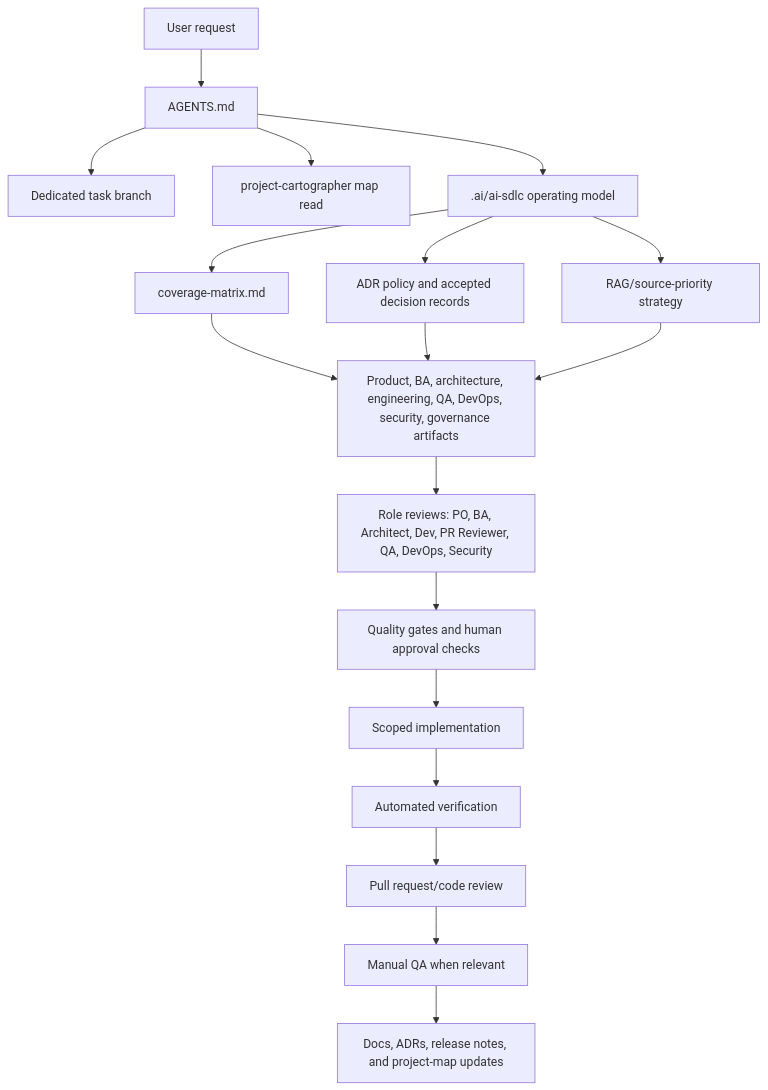
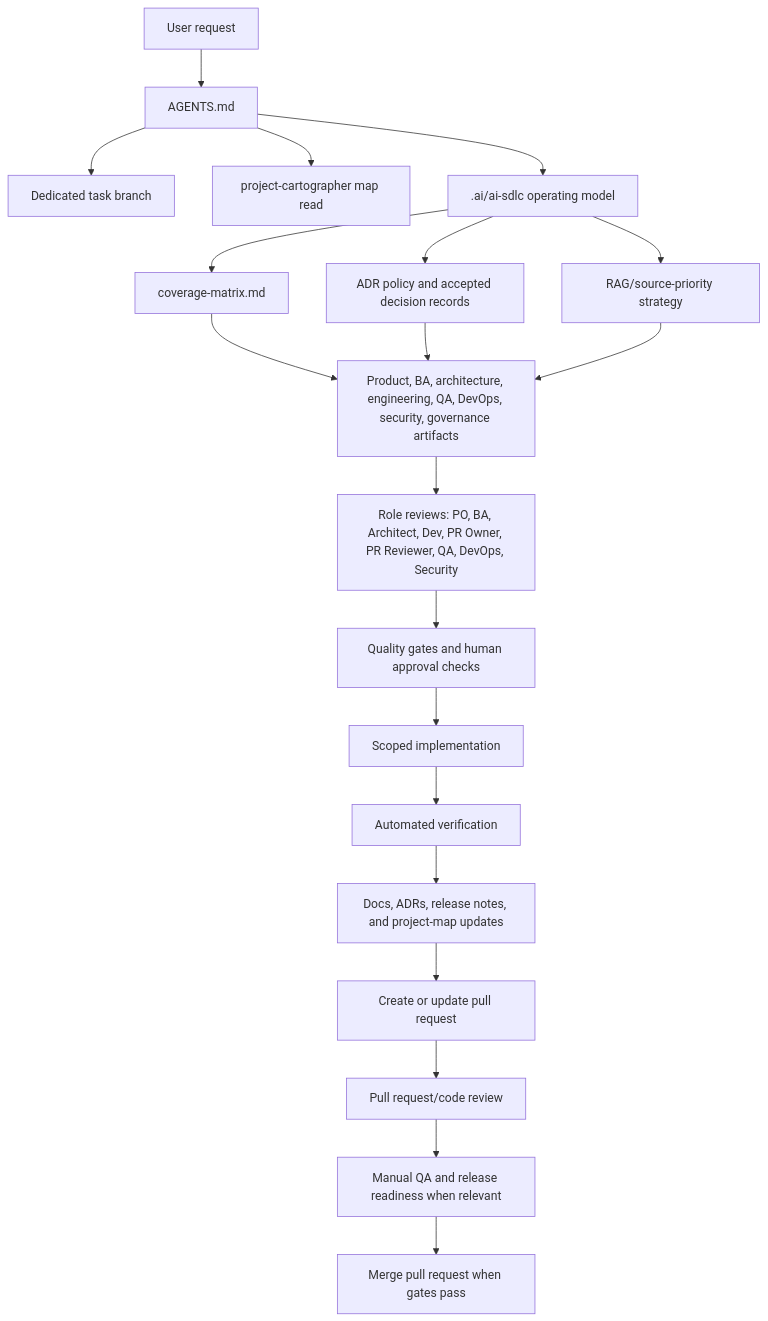
The second of 3 diagrams in .ai/project-map/data-flow.md (iziuk/Polite), drawn with Mermaid before and after one commit. The commit also changed other lines of this file and 18 other files, not shown here.

````diff
--- a/.ai/project-map/data-flow.md
+++ b/.ai/project-map/data-flow.md
@@ -41,20 +41,22 @@
 ```mermaid
 flowchart TD
   Request["User request"] --> Agents["AGENTS.md"]
   Agents --> Branch["Dedicated task branch"]
   Agents --> Map["project-cartographer map read"]
   Agents --> OperatingModel[".ai/ai-sdlc operating model"]
   OperatingModel --> Coverage["coverage-matrix.md"]
   OperatingModel --> ADRs["ADR policy and accepted decision records"]
   OperatingModel --> Retrieval["RAG/source-priority strategy"]
   Coverage --> Artifacts["Product, BA, architecture, engineering, QA, DevOps, security, governance artifacts"]
   ADRs --> Artifacts
   Retrieval --> Artifacts
-  Artifacts --> Roles["Role reviews: PO, BA, Architect, Dev, PR Reviewer, QA, DevOps, Security"]
+  Artifacts --> Roles["Role reviews: PO, BA, Architect, Dev, PR Owner, PR Reviewer, QA, DevOps, Security"]
   Roles --> Gates["Quality gates and human approval checks"]
   Gates --> Implementation["Scoped implementation"]
   Implementation --> AutoVerification["Automated verification"]
-  AutoVerification --> PRReview["Pull request/code review"]
-  PRReview --> ManualVerification["Manual QA when relevant"]
-  ManualVerification --> Docs["Docs, ADRs, release notes, and project-map updates"]
+  AutoVerification --> Docs["Docs, ADRs, release notes, and project-map updates"]
+  Docs --> PRCreate["Create or update pull request"]
+  PRCreate --> PRReview["Pull request/code review"]
+  PRReview --> ManualVerification["Manual QA and release readiness when relevant"]
+  ManualVerification --> PRMerge["Merge pull request when gates pass"]
 ```
````
